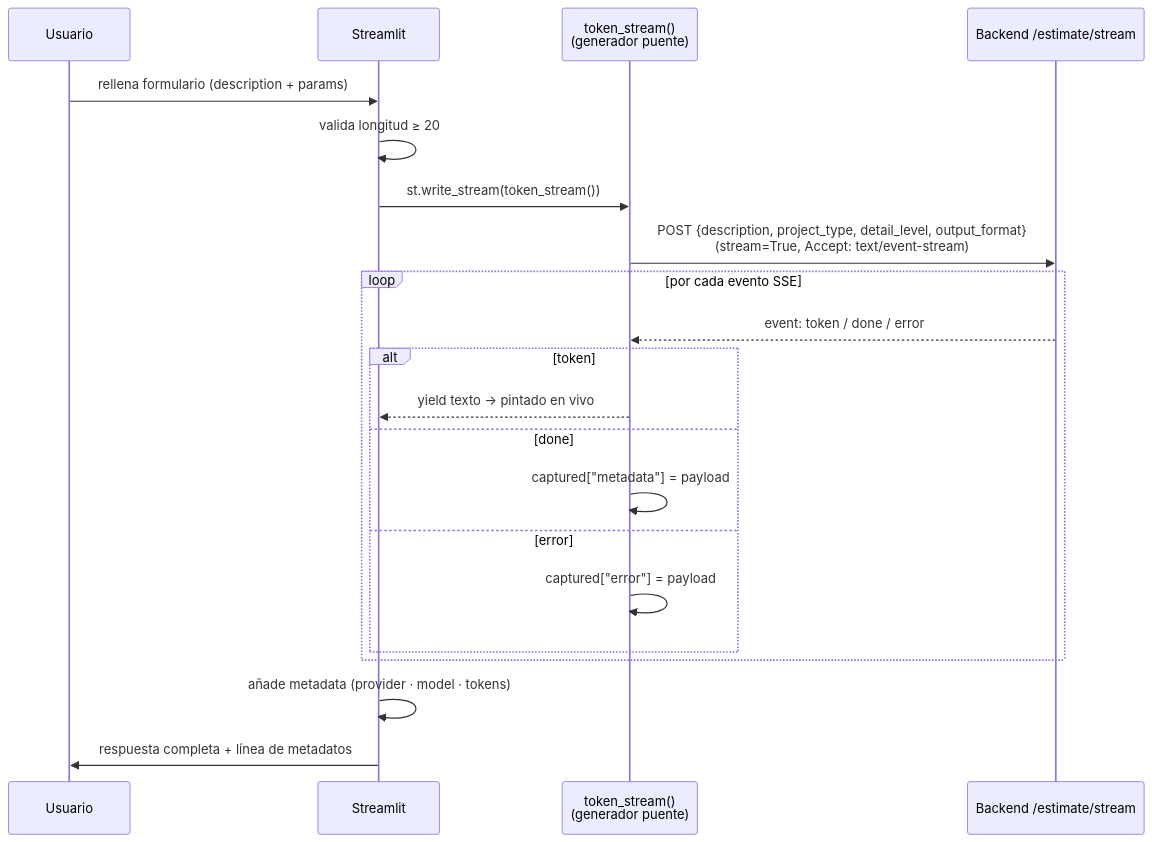
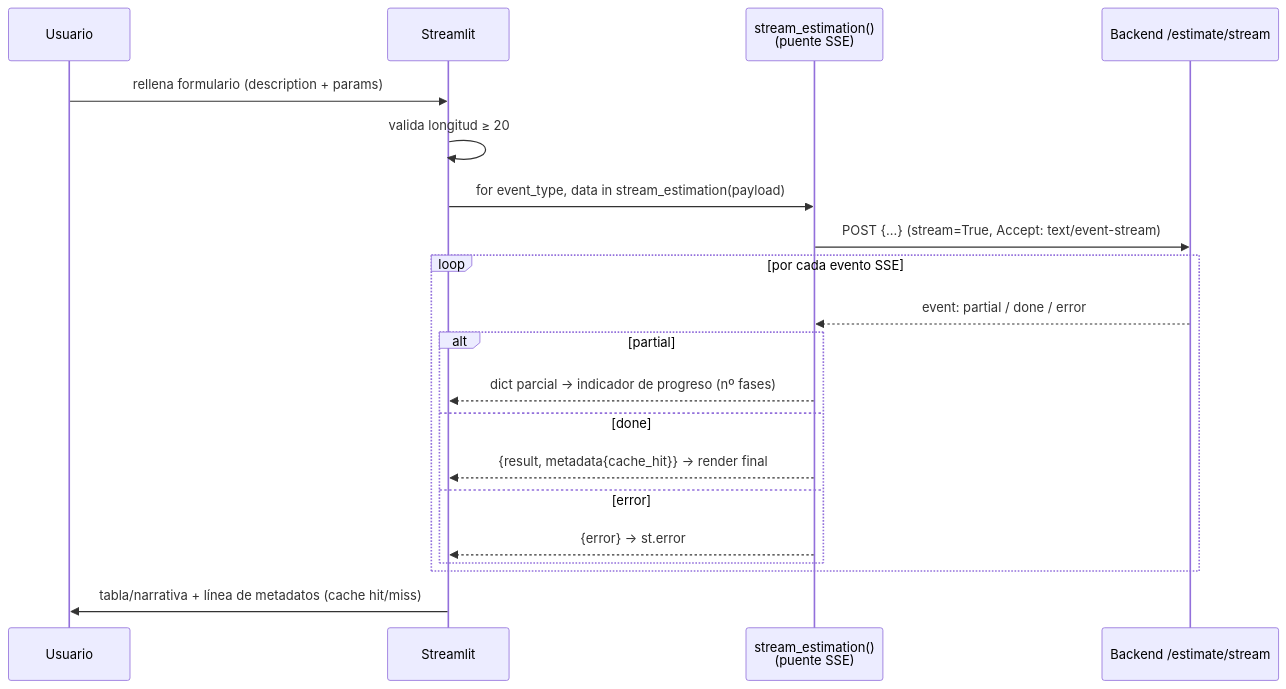
Before and after one commit to salvalcaraz080/LIDR-RAG-master: the second of 11 diagrams in ARCHITECTURE.md, drawn with Mermaid. The commit also changed other lines of this file and 16 other files, not shown here.

````diff
--- a/ARCHITECTURE.md
+++ b/ARCHITECTURE.md
@@ -143,24 +148,23 @@
 ```mermaid
 sequenceDiagram
     participant U as Usuario
     participant S as Streamlit
-    participant G as token_stream()<br/>(generador puente)
+    participant G as stream_estimation()<br/>(puente SSE)
     participant B as Backend /estimate/stream
 
     U->>S: rellena formulario (description + params)
     S->>S: valida longitud ≥ 20
-    S->>G: st.write_stream(token_stream())
-    G->>B: POST {description, project_type, detail_level, output_format}<br/>(stream=True, Accept: text/event-stream)
+    S->>G: for event_type, data in stream_estimation(payload)
+    G->>B: POST {...} (stream=True, Accept: text/event-stream)
     loop por cada evento SSE
-        B-->>G: event: token / done / error
-        alt token
-            G-->>S: yield texto  → pintado en vivo
+        B-->>G: event: partial / done / error
+        alt partial
+            G-->>S: dict parcial → indicador de progreso (nº fases)
         else done
-            G->>G: captured["metadata"] = payload
+            G-->>S: {result, metadata{cache_hit}} → render final
         else error
-            G->>G: captured["error"] = payload
+            G-->>S: {error} → st.error
         end
     end
-    S->>S: añade metadata (provider · model · tokens)
-    S->>U: respuesta completa + línea de metadatos
+    S->>U: tabla/narrativa + línea de metadatos (cache hit/miss)
 ```
````
